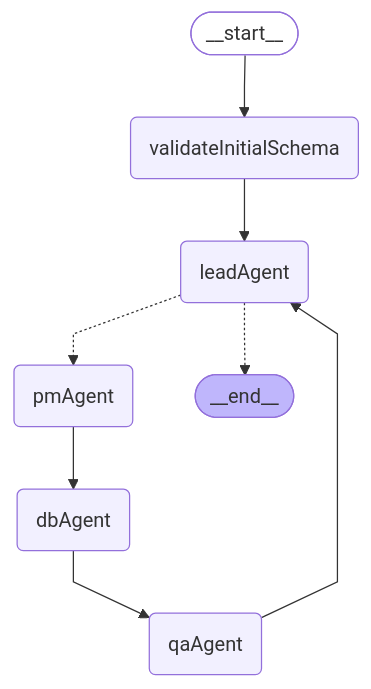
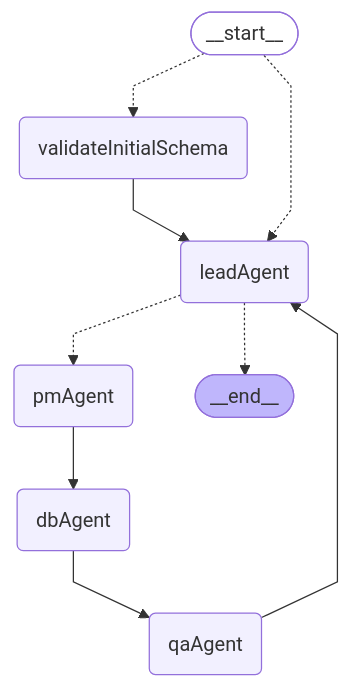
Before and after one commit to yzkee/liam: the first of 5 diagrams in frontend/internal-packages/agent/README.md, drawn with Mermaid. The commit also changed 1 other file, not shown here.

Commit message:
fix: update createGraph test and README for conditional routing
Update Mermaid diagram expectations in createGraph.test.ts and README.md to reflect the new conditional routing pattern where START node has conditional edges to both validateInitialSchema and leadAgent nodes.

🤖 Generated with [Claude Code](https://claude.ai/code)

````diff
--- a/frontend/internal-packages/agent/README.md
+++ b/frontend/internal-packages/agent/README.md
@@ -7,21 +7,22 @@
 ```mermaid
 %%{init: {'flowchart': {'curve': 'linear'}}}%%
 graph TD;
 	__start__([<p>__start__</p>]):::first
 	validateInitialSchema(validateInitialSchema)
 	leadAgent(leadAgent)
 	pmAgent(pmAgent)
 	dbAgent(dbAgent)
 	qaAgent(qaAgent)
 	__end__([<p>__end__</p>]):::last
-	__start__ --> validateInitialSchema;
 	dbAgent --> qaAgent;
 	pmAgent --> dbAgent;
 	qaAgent --> leadAgent;
 	validateInitialSchema --> leadAgent;
+	__start__ -.-> validateInitialSchema;
+	__start__ -.-> leadAgent;
 	leadAgent -.-> pmAgent;
 	leadAgent -.-> __end__;
 	classDef default fill:#f2f0ff,line-height:1.2;
 	classDef first fill-opacity:0;
 	classDef last fill:#bfb6fc;
 ```
````
